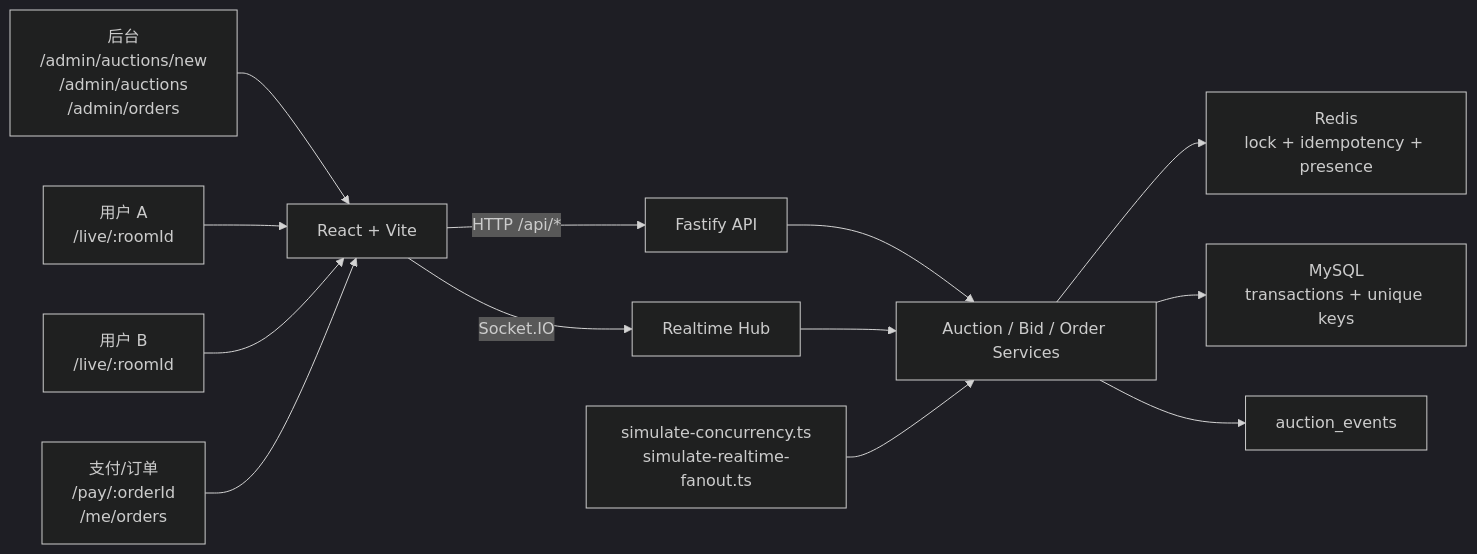
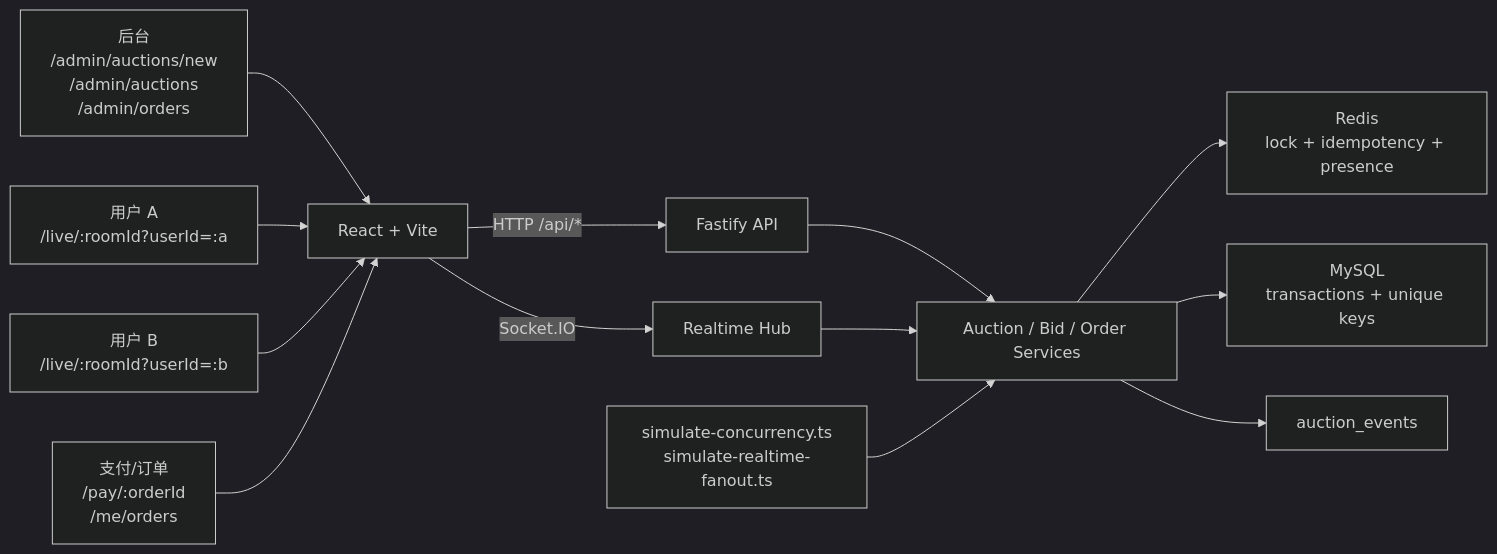
The first of 2 diagrams in docs/technical_defense.md (haolin6/tiktok), drawn with Mermaid (dark theme) before and after one commit. The commit also changed other lines of this file and 13 other files, not shown here.

````diff
--- a/docs/technical_defense.md
+++ b/docs/technical_defense.md
@@ -5,16 +5,16 @@
 ```mermaid
 flowchart LR
   Admin["后台<br/>/admin/auctions/new<br/>/admin/auctions<br/>/admin/orders"] --> Web["React + Vite"]
-  UserA["用户 A<br/>/live/:roomId"] --> Web
-  UserB["用户 B<br/>/live/:roomId"] --> Web
+  UserA["用户 A<br/>/live/:roomId?userId=:a"] --> Web
+  UserB["用户 B<br/>/live/:roomId?userId=:b"] --> Web
   Pay["支付/订单<br/>/pay/:orderId<br/>/me/orders"] --> Web
 
   Web -->|"HTTP /api/*"| API["Fastify API"]
   Web -->|"Socket.IO"| WS["Realtime Hub"]
   API --> Service["Auction / Bid / Order Services"]
   WS --> Service
   Service --> Redis["Redis<br/>lock + idempotency + presence"]
   Service --> MySQL["MySQL<br/>transactions + unique keys"]
   Service --> Events["auction_events"]
   Demo["simulate-concurrency.ts<br/>simulate-realtime-fanout.ts"] --> Service
 ```
````
